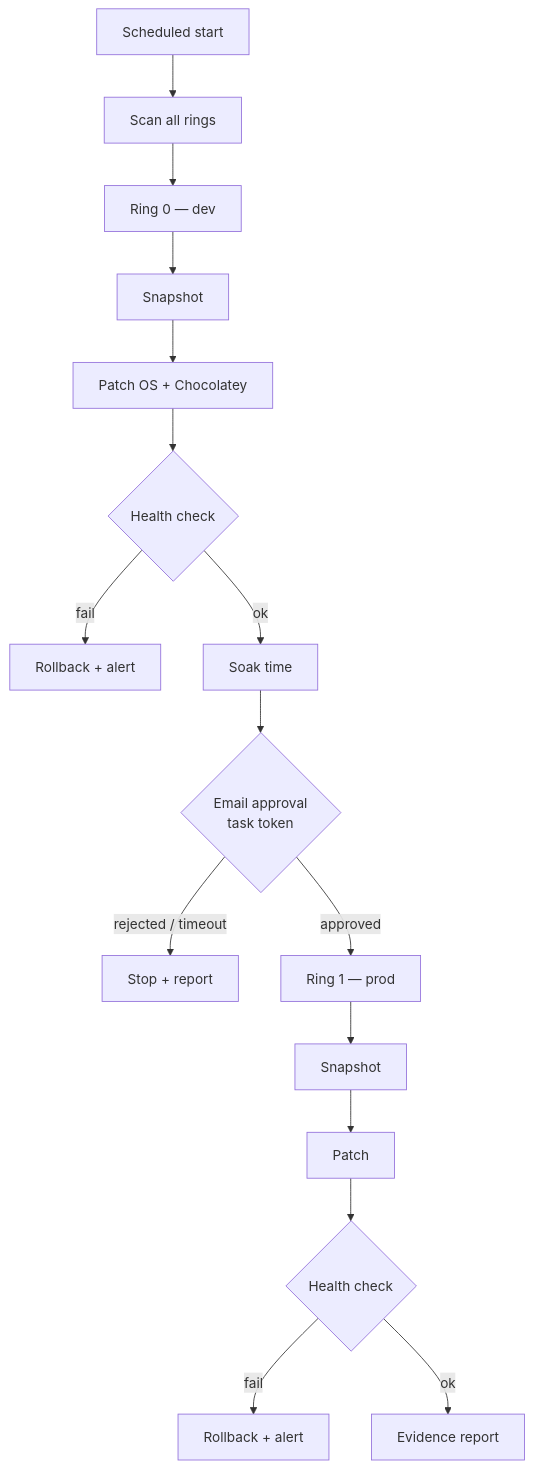
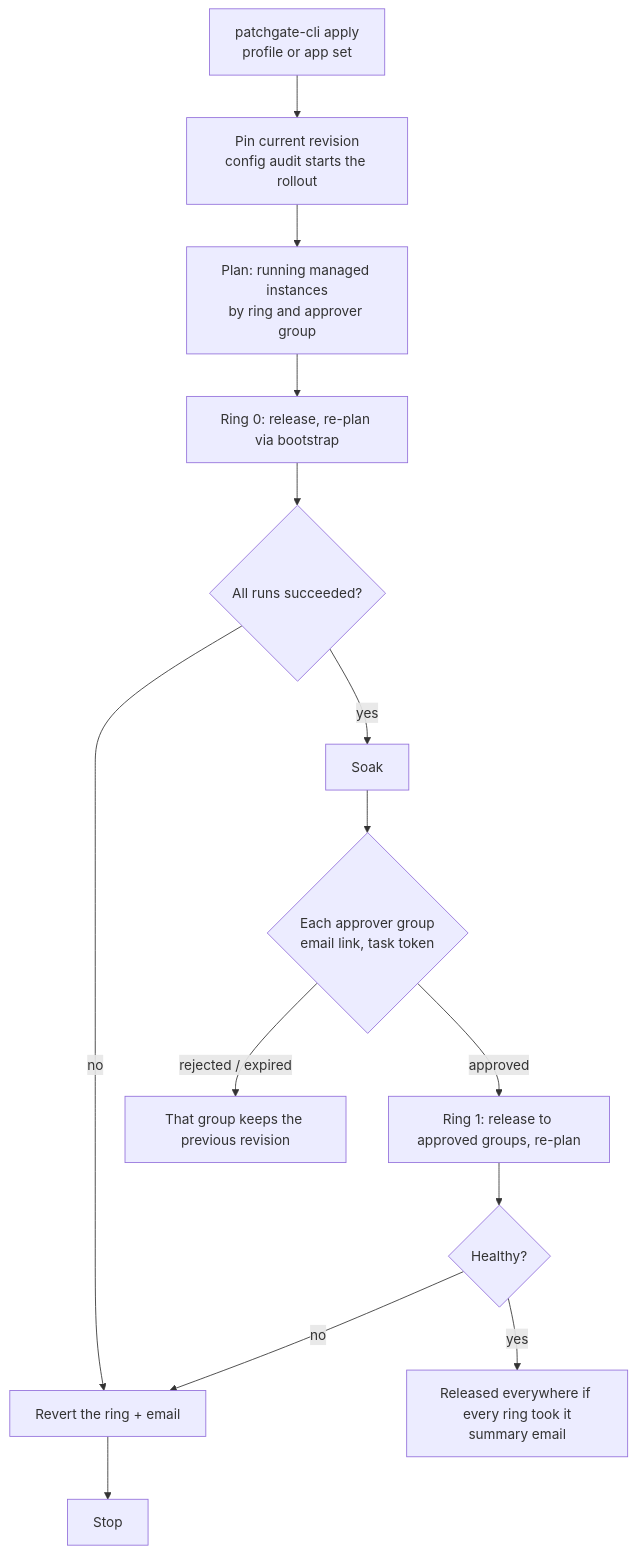
The fourth of 4 diagrams in docs/architecture.md (kevinfinalboss/PatchGate), drawn with Mermaid before and after one commit. The commit also changed other lines of this file and 21 other files, not shown here.

First line of the commit message:
feat(aws): rollout workflow and email approval (Phase 4c-1, step 3)

````diff
--- a/docs/architecture.md
+++ b/docs/architecture.md
@@ -116,14 +118,15 @@
 ```mermaid
 flowchart TD
-    S[Scheduled start] --> SC[Scan all rings]
-    SC --> R0[Ring 0 — dev]
-    R0 --> SN0[Snapshot] --> P0[Patch OS + Chocolatey] --> H0{Health check}
-    H0 -- fail --> RB0[Rollback + alert]
-    H0 -- ok --> SOAK[Soak time]
-    SOAK --> AP{Email approval<br/>task token}
-    AP -- rejected / timeout --> STOP[Stop + report]
-    AP -- approved --> R1[Ring 1 — prod]
-    R1 --> SN1[Snapshot] --> P1[Patch] --> H1{Health check}
-    H1 -- fail --> RB1[Rollback + alert]
-    H1 -- ok --> REP[Evidence report]
+    C[patchgate-cli apply<br/>profile or app set] --> P[Pin current revision<br/>config audit starts the rollout]
+    P --> PL[Plan: running managed instances<br/>by ring and approver group]
+    PL --> R0[Ring 0: release, re-plan via bootstrap]
+    R0 --> H0{All runs succeeded?}
+    H0 -- no --> RV[Revert the ring + email] --> STOP[Stop]
+    H0 -- yes --> SOAK[Soak]
+    SOAK --> AP{Each approver group<br/>email link, task token}
+    AP -- rejected / expired --> KEEP[That group keeps the previous revision]
+    AP -- approved --> R1[Ring 1: release to approved groups, re-plan]
+    R1 --> H1{Healthy?}
+    H1 -- no --> RV
+    H1 -- yes --> DONE[Released everywhere if every ring took it<br/>summary email]
 ```
````
